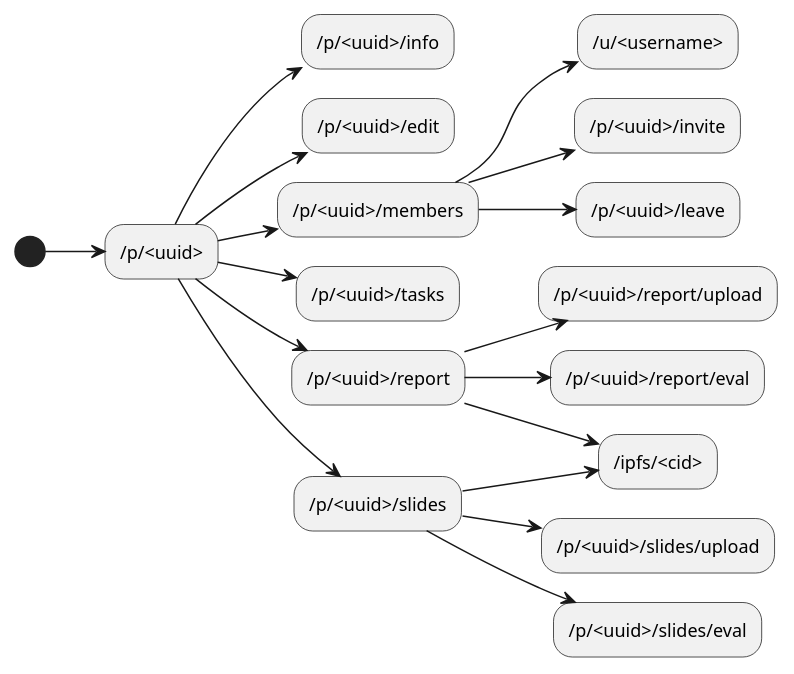
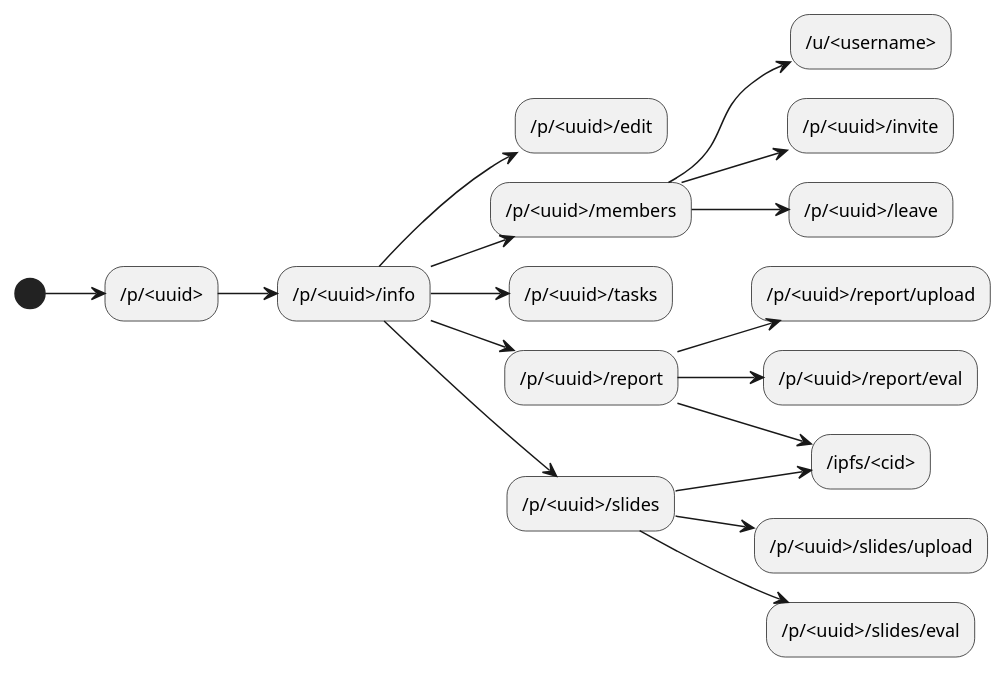
Before and after one commit to Huy-Ngo/acanban: the second of 3 diagrams in docs/source/meth/ux.rst, drawn with PlantUML. The commit also changed other lines of this file, not shown here.

Commit message:
[Doc] Better match nav with impl

```diff
--- a/docs/source/meth/ux.rst
+++ b/docs/source/meth/ux.rst
@@ -65,25 +65,25 @@
 .. uml::
    :caption: Project's endpoints
    :name: pnav
 
    left to right direction
 
    (*) --> "/p/<uuid>" as root
    root --> "/p/<uuid>/info" as info
-   root --> "/p/<uuid>/edit" as edit
-   root --> "/p/<uuid>/members" as members
-   root --> "/p/<uuid>/tasks" as tasks
-   root --> "/p/<uuid>/report" as report
-   root --> "/p/<uuid>/slides" as slides
+   info --> "/p/<uuid>/edit" as edit
+   info --> "/p/<uuid>/members" as members
+   info --> "/p/<uuid>/tasks" as tasks
+   info --> "/p/<uuid>/report" as report
+   info --> "/p/<uuid>/slides" as slides
 
    members --> "/u/<username>"
    members --> "/p/<uuid>/invite"
    members --> "/p/<uuid>/leave"
 
    report --> "/p/<uuid>/report/upload"
    report --> "/ipfs/<cid>" as ipfs
    report --> "/p/<uuid>/report/eval"
 
    slides --> "/p/<uuid>/slides/upload"
    slides --> ipfs
    slides --> "/p/<uuid>/slides/eval"
```
